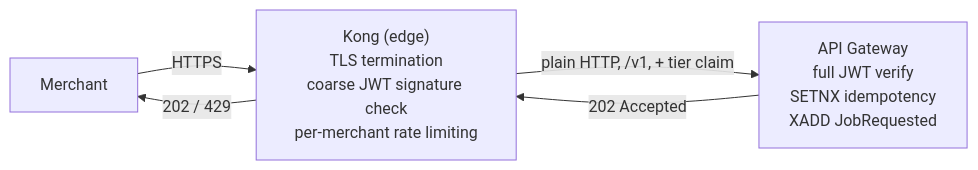
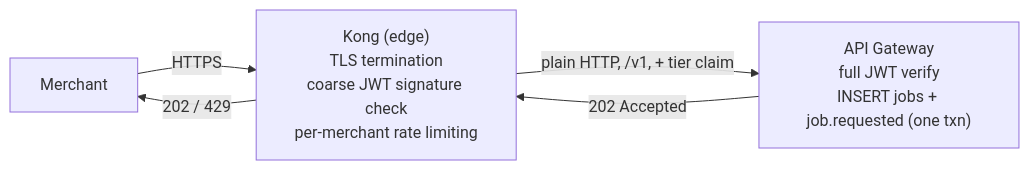
Before and after one commit to Joel-Ajayi/river-rust-queue: the first of 2 diagrams in docs/services/10-API-GATEWAY.md, drawn with Mermaid. The commit also changed other lines of this file and 17 other files, not shown here.

Commit message:
Changed architecture to use Kafka instead of Redis stream

````diff
--- a/docs/services/10-API-GATEWAY.md
+++ b/docs/services/10-API-GATEWAY.md
@@ -33,7 +35,7 @@
 ```mermaid
 graph LR
     M["Merchant"] -->|"HTTPS"| K["Kong (edge)<br/>TLS termination<br/>coarse JWT signature check<br/>per-merchant rate limiting"]
-    K -->|"plain HTTP, /v1, + tier claim"| G["API Gateway<br/>full JWT verify<br/>SETNX idempotency<br/>XADD JobRequested"]
+    K -->|"plain HTTP, /v1, + tier claim"| G["API Gateway<br/>full JWT verify<br/>INSERT jobs + job.requested (one txn)"]
     G -->|"202 Accepted"| K
     K -->|"202 / 429"| M
 ```
````
